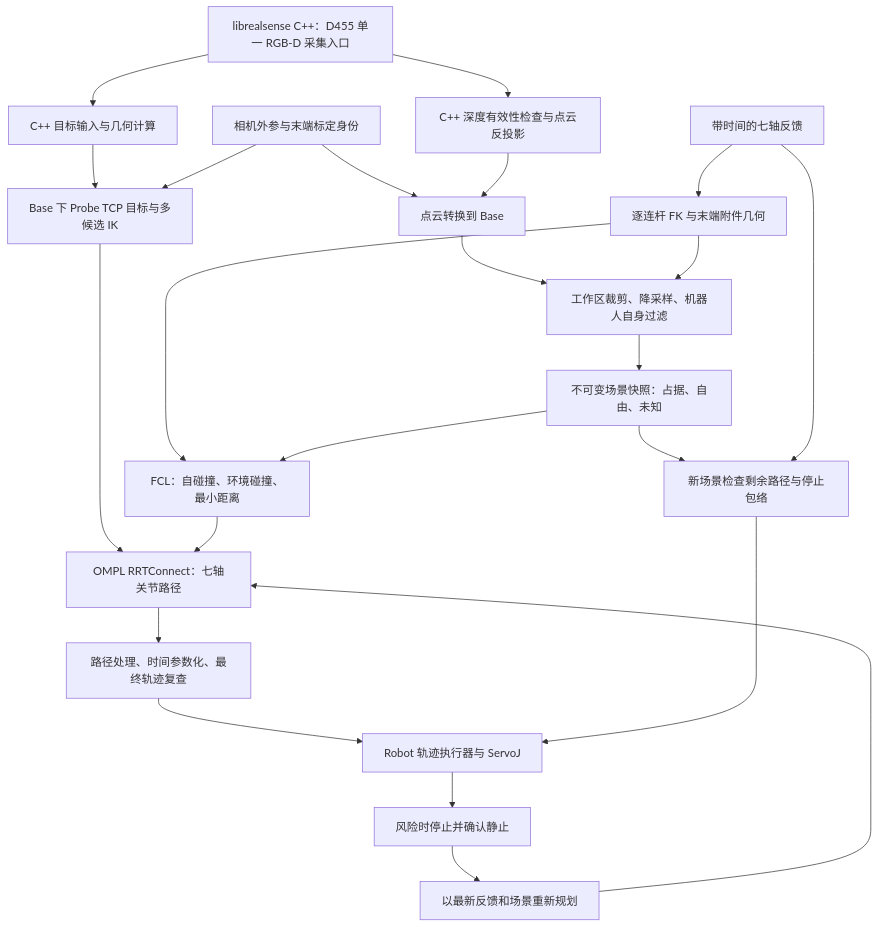
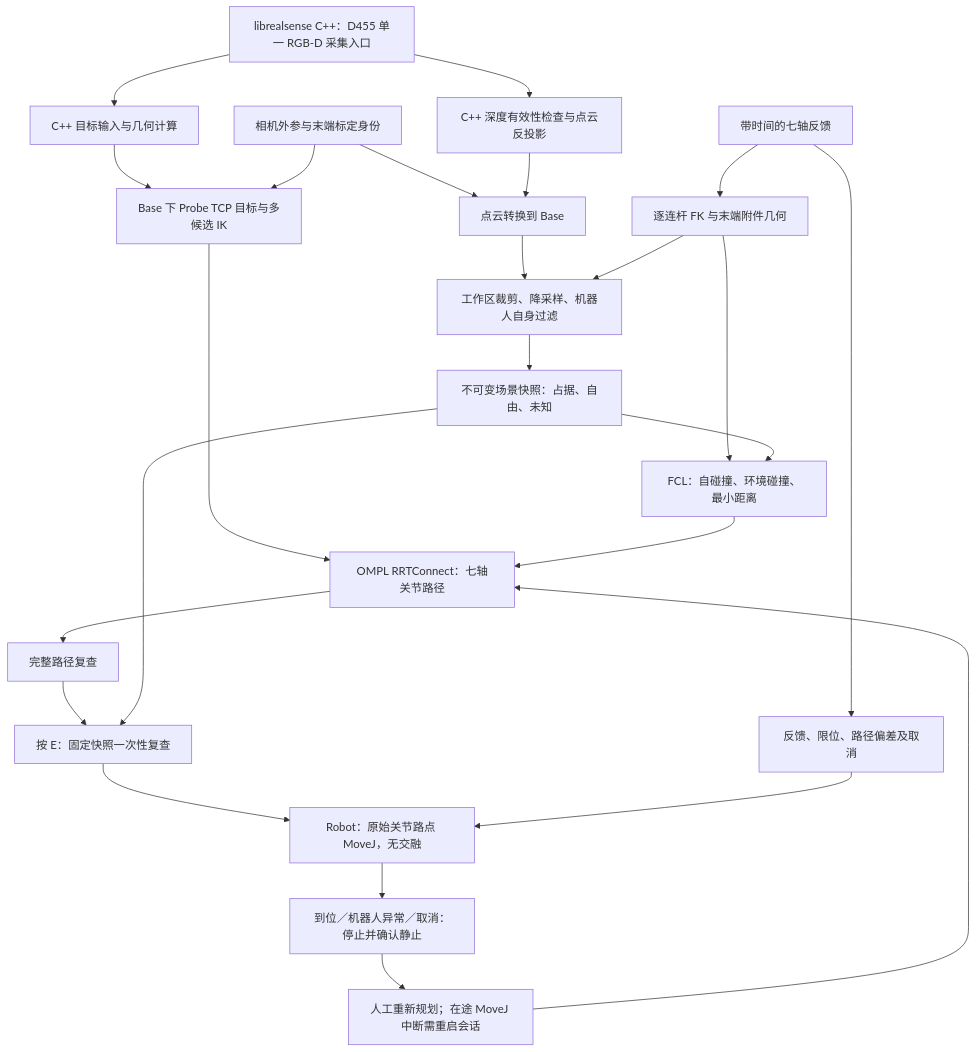
Before and after one commit to Sadstrawberrysc/cair-arm: the diagram in infer/Collision/README.md, drawn with Mermaid. The commit also changed other lines of this file and 88 other files, not shown here.

````diff
--- a/infer/Collision/README.md
+++ b/infer/Collision/README.md
@@ -292,25 +296,26 @@
 ```mermaid
 flowchart TD
     CAM["librealsense C++：D455 单一 RGB-D 采集入口"] --> DEPTH["C++ 深度有效性检查与点云反投影"]
     CAM --> TARGET["C++ 目标输入与几何计算"]
     CAL["相机外参与末端标定身份"] --> BASE["点云转换到 Base"]
     DEPTH --> BASE
     BASE --> FILTER["工作区裁剪、降采样、机器人自身过滤"]
     FILTER --> SCENE["不可变场景快照：占据、自由、未知"]
     JOINT["带时间的七轴反馈"] --> GEOM["逐连杆 FK 与末端附件几何"]
     GEOM --> FILTER
     GEOM --> FCL["FCL：自碰撞、环境碰撞、最小距离"]
     SCENE --> FCL
     TARGET --> IK["Base 下 Probe TCP 目标与多候选 IK"]
     CAL --> IK
     IK --> OMPL["OMPL RRTConnect：七轴关节路径"]
     FCL --> OMPL
-    OMPL --> TRAJ["路径处理、时间参数化、最终轨迹复查"]
-    TRAJ --> EXEC["Robot 轨迹执行器与 ServoJ"]
-    SCENE --> WATCH["新场景检查剩余路径与停止包络"]
-    JOINT --> WATCH
-    WATCH --> EXEC
-    EXEC --> STOP["风险时停止并确认静止"]
-    STOP --> REPLAN["以最新反馈和场景重新规划"]
+    OMPL --> TRAJ["完整路径复查"]
+    TRAJ --> PRECHECK["按 E：固定快照一次性复查"]
+    SCENE --> PRECHECK
+    PRECHECK --> EXEC["Robot：原始关节路点 MoveJ，无交融"]
+    JOINT --> ROBOTCHECK["反馈、限位、路径偏差及取消"]
+    ROBOTCHECK --> EXEC
+    EXEC --> STOP["到位／机器人异常／取消：停止并确认静止"]
+    STOP --> REPLAN["人工重新规划；在途 MoveJ 中断需重启会话"]
     REPLAN --> OMPL
 ```
````
